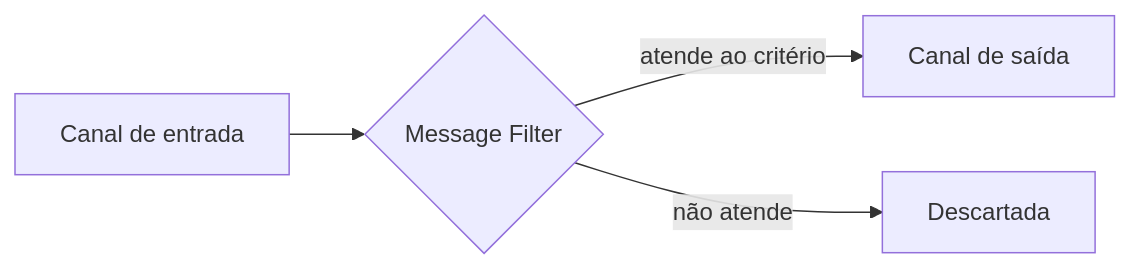
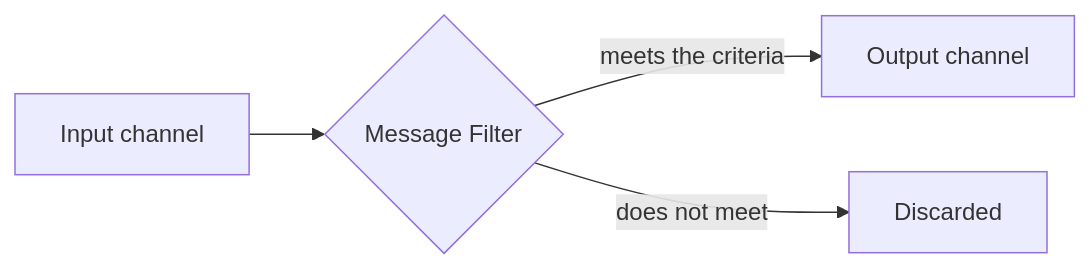
One commit to alancesar/design-patterns changed the diagram in docs/architecture/eip/message-routing/message-filter.md. Above: the diagram before and after it, drawn with Mermaid. The commit also changed 258 other files, not shown here.

First line of the commit message:
Translate Mermaid diagrams to English

````diff
--- a/docs/architecture/eip/message-routing/message-filter.md
+++ b/docs/architecture/eip/message-routing/message-filter.md
@@ -52,6 +52,6 @@
 ```mermaid
 flowchart LR
-    IN["Canal de entrada"] --> F{"Message Filter"}
-    F -->|"atende ao critério"| OUT["Canal de saída"]
-    F -->|"não atende"| D["Descartada"]
+    IN["Input channel"] --> F{"Message Filter"}
+    F -->|"meets the criteria"| OUT["Output channel"]
+    F -->|"does not meet"| D["Discarded"]
 ```
````
